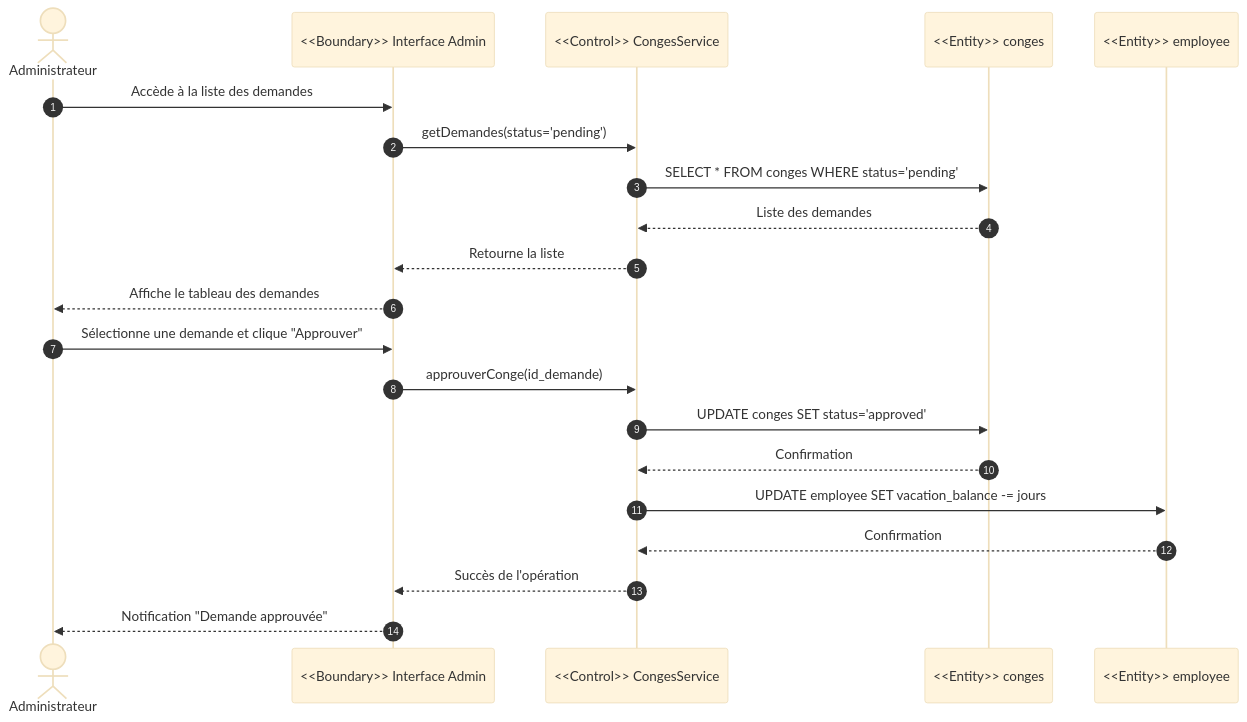
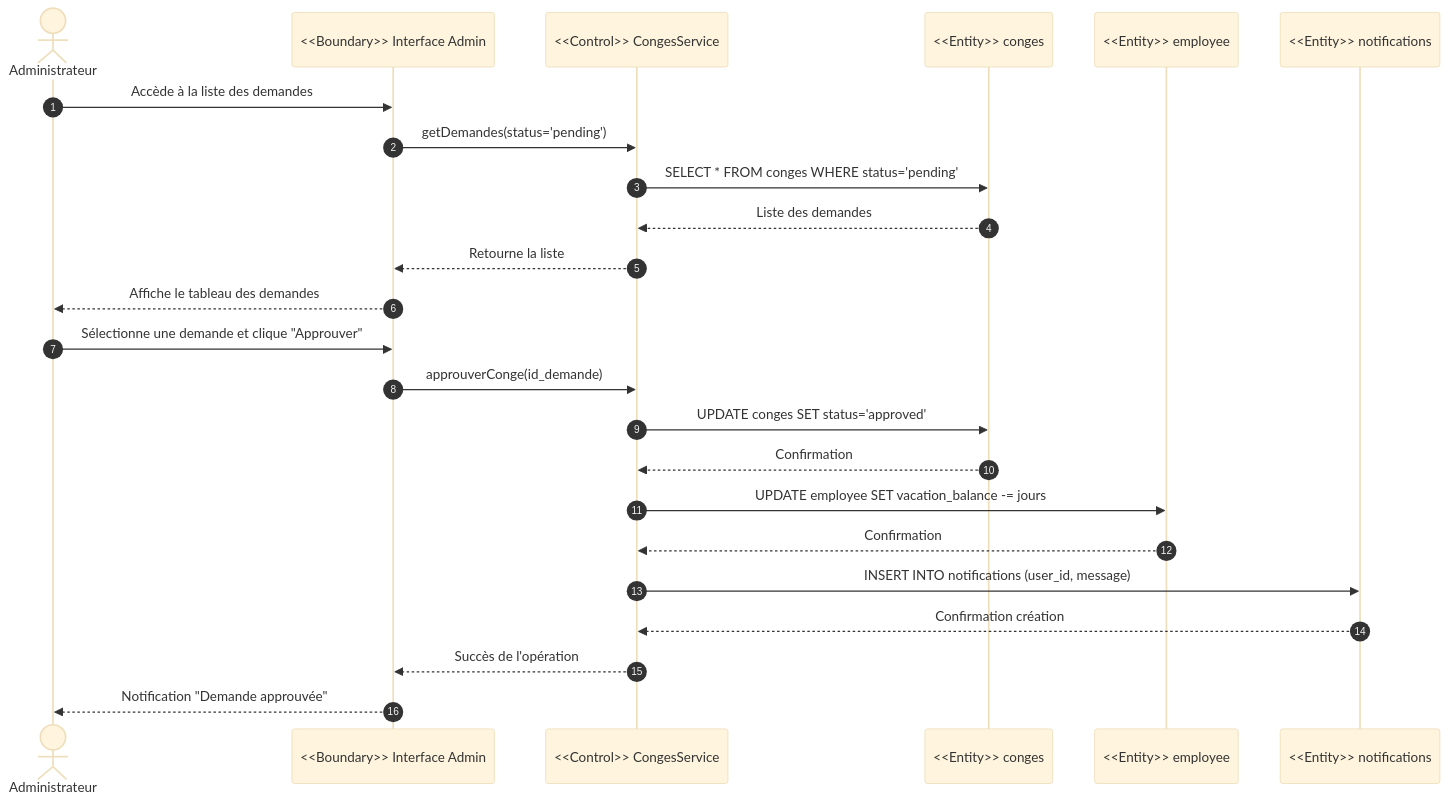
Before and after one commit to Wissem-Amiri/PFE2026: the fourth of 5 diagrams in sprint2_conception.md, drawn with Mermaid (base theme). The commit also changed other lines of this file and 40 other files, not shown here.

````diff
--- a/sprint2_conception.md
+++ b/sprint2_conception.md
@@ -144,28 +155,32 @@
 ```mermaid
 sequenceDiagram
     autonumber
     actor A as Administrateur
     participant I as <<Boundary>> Interface Admin
     participant S as <<Control>> CongesService
     participant B as <<Entity>> conges
     participant EmpDB as <<Entity>> employee
+    participant NotifDB as <<Entity>> notifications
 
     A->>I: Accède à la liste des demandes
     I->>S: getDemandes(status='pending')
     S->>B: SELECT * FROM conges WHERE status='pending'
     B-->>S: Liste des demandes
     S-->>I: Retourne la liste
     I-->>A: Affiche le tableau des demandes
     
     A->>I: Sélectionne une demande et clique "Approuver"
     I->>S: approuverConge(id_demande)
     
     S->>B: UPDATE conges SET status='approved'
     B-->>S: Confirmation
     
     S->>EmpDB: UPDATE employee SET vacation_balance -= jours
     EmpDB-->>S: Confirmation
     
+    S->>NotifDB: INSERT INTO notifications (user_id, message)
+    NotifDB-->>S: Confirmation création
+    
     S-->>I: Succès de l'opération
     I-->>A: Notification "Demande approuvée"
 ```
````
